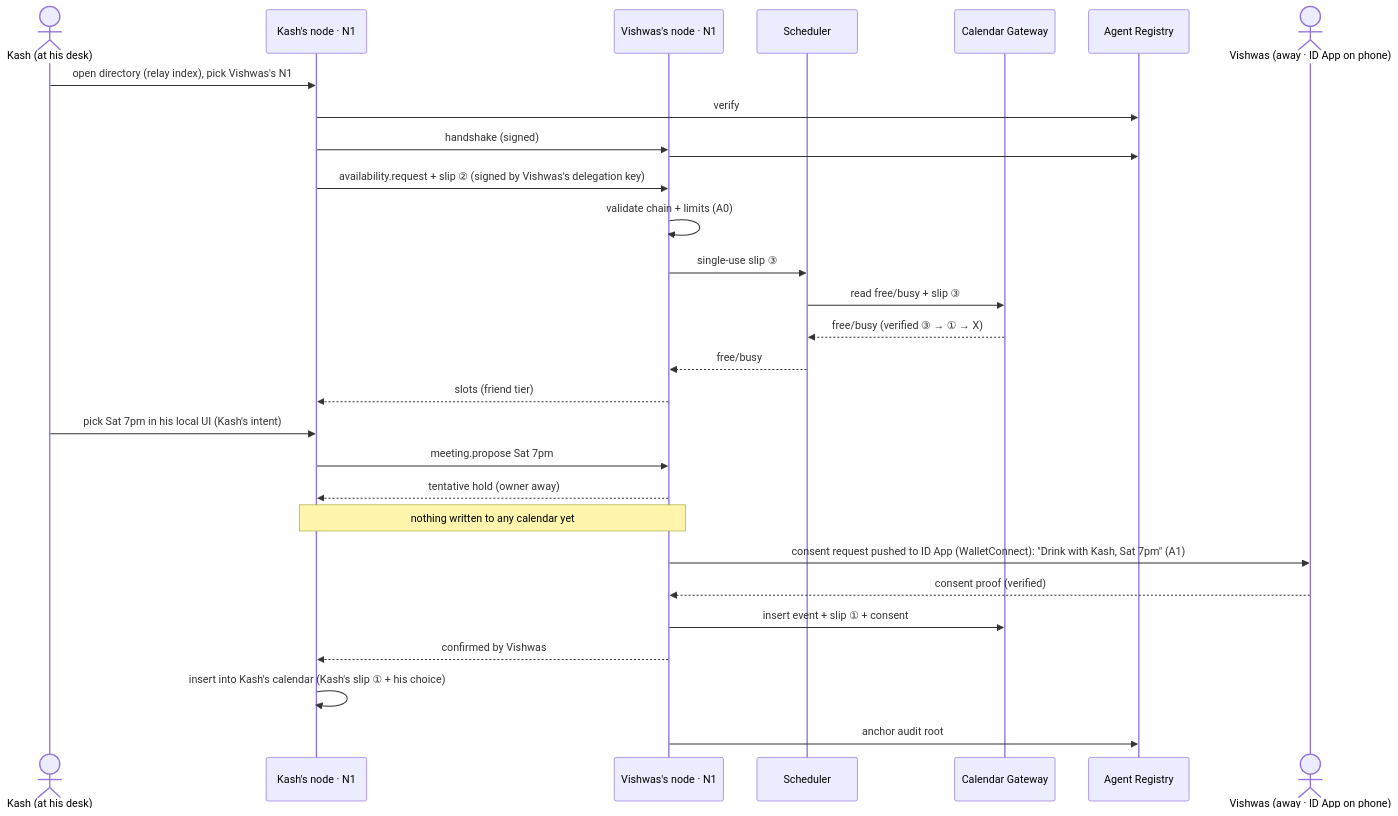
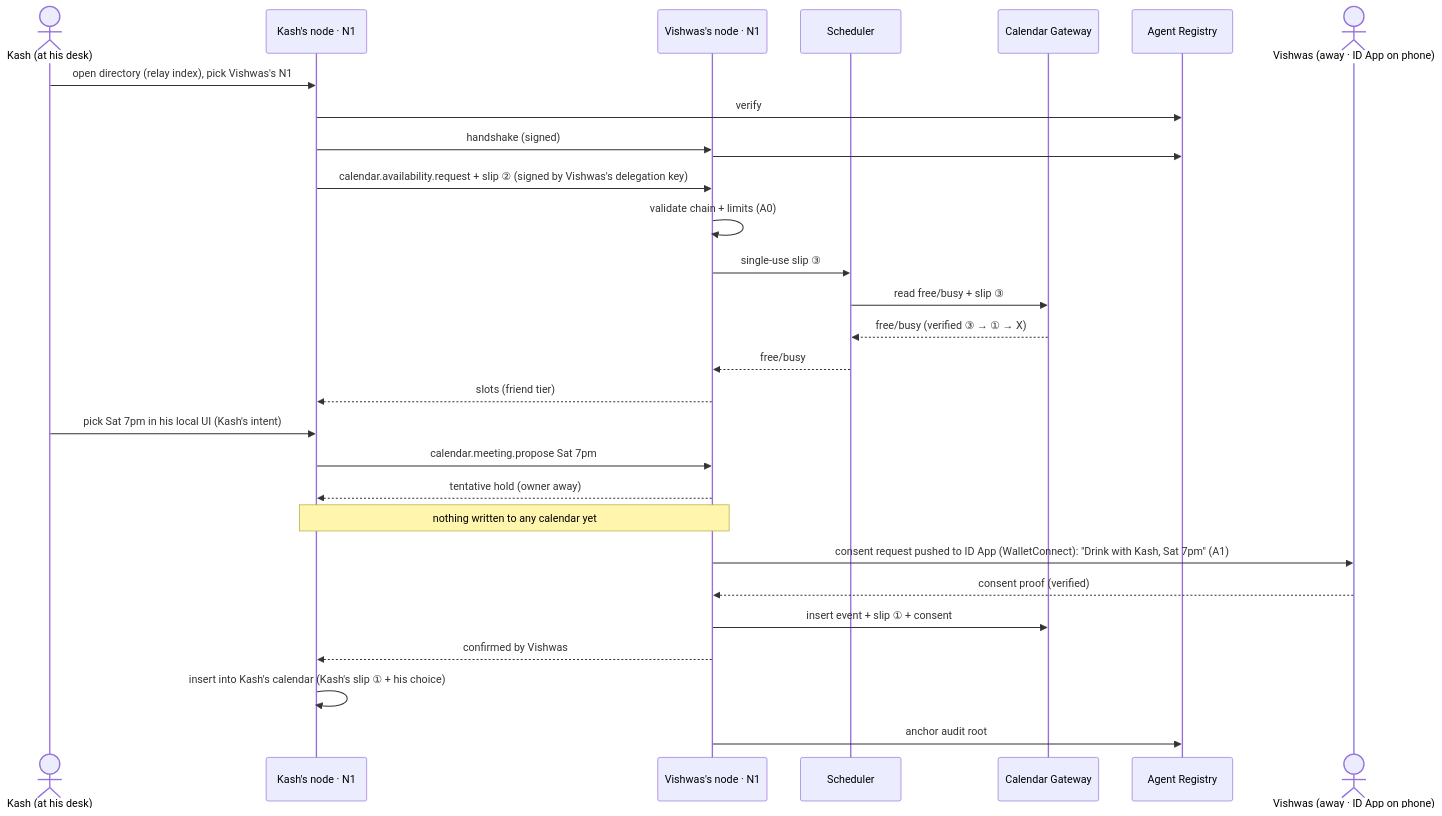
Before and after one commit to Vishwas1/number1-agent: the second of 2 diagrams in technical-solution.md, drawn with Mermaid. The commit also changed other lines of this file and 23 other files, not shown here.

````diff
--- a/technical-solution.md
+++ b/technical-solution.md
@@ -163,32 +164,32 @@
 ```mermaid
 sequenceDiagram
     actor K as Kash (at his desk)
     participant KN as Kash's node · N1 #17
     participant VN as Vishwas's node · N1 #42
     participant SC as Scheduler #43
     participant GW as Calendar Gateway
     participant R as Agent Registry
     actor V as Vishwas (away · ID App on phone)
 
     K->>KN: open directory (relay index), pick Vishwas's N1
     KN->>R: verify #42: active? owned by X? attestation "Vishwas, 18+" valid + VAA on chain?
     KN->>VN: handshake (signed)
     VN->>R: #17 active? owner verified?
-    KN->>VN: availability.request + slip ② (signed by Vishwas's delegation key)
+    KN->>VN: calendar.availability.request + slip ② (signed by Vishwas's delegation key)
     VN->>VN: validate chain + limits (A0)
     VN->>SC: single-use slip ③
     SC->>GW: read free/busy + slip ③
     GW-->>SC: free/busy (verified ③ → ① → X)
     SC-->>VN: free/busy
     VN-->>KN: slots (friend tier)
     K->>KN: pick Sat 7pm in his local UI (Kash's intent)
-    KN->>VN: meeting.propose Sat 7pm
+    KN->>VN: calendar.meeting.propose Sat 7pm
     VN-->>KN: tentative hold (owner away)
     Note over KN,VN: nothing written to any calendar yet
     VN->>V: consent request pushed to ID App (WalletConnect): "Drink with Kash, Sat 7pm" (A1)
     V-->>VN: consent proof (verified)
     VN->>GW: insert event + slip ① + consent
     VN-->>KN: confirmed by Vishwas
     KN->>KN: insert into Kash's calendar (Kash's slip ① + his choice)
     VN->>R: anchor audit root
 ```
````
